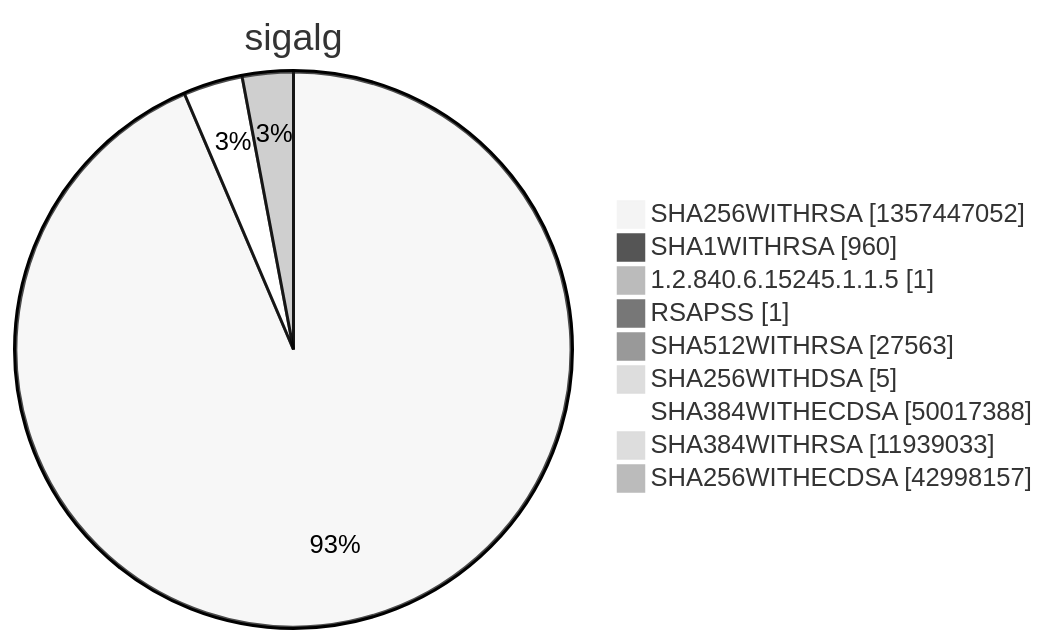
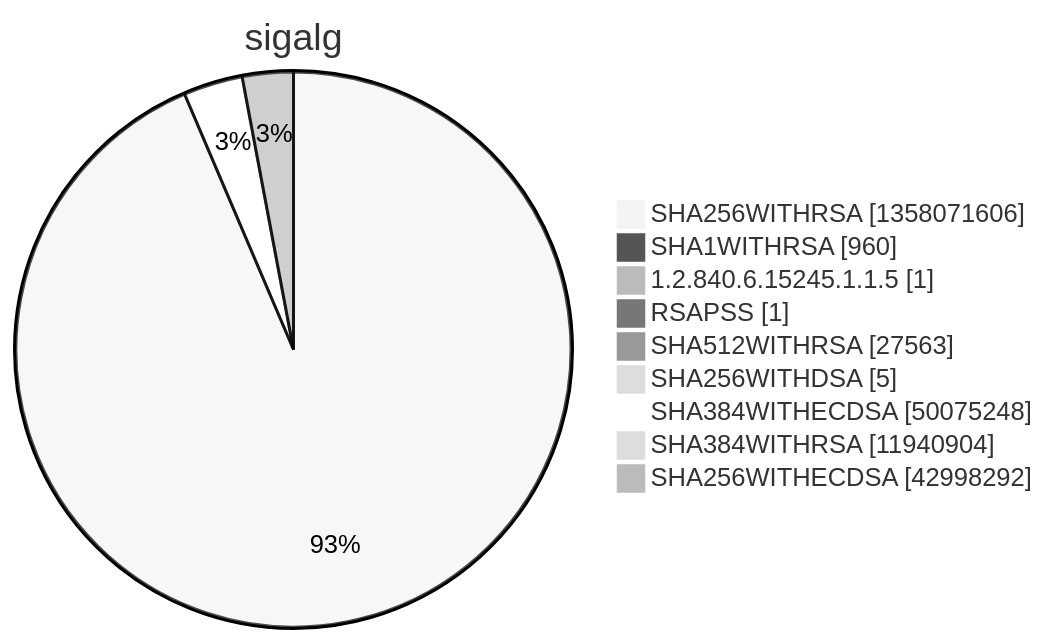
Diagram 15 of 15 in argon2022/README.md (christiankrug/ctmonitor_visualization), drawn with Mermaid (neutral theme) before and after one commit. The commit also changed other lines of this file, not shown here.

````diff
--- a/argon2022/README.md
+++ b/argon2022/README.md
@@ -5524,13 +5524,13 @@
 ```mermaid
 pie showData
 title sigalg
-"SHA256WITHRSA" :1357447052
+"SHA256WITHRSA" :1358071606
 "SHA1WITHRSA" :960
 "1.2.840.6.15245.1.1.5" :1
 "RSAPSS" :1
 "SHA512WITHRSA" :27563
 "SHA256WITHDSA" :5
-"SHA384WITHECDSA" :50017388
-"SHA384WITHRSA" :11939033
-"SHA256WITHECDSA" :42998157
+"SHA384WITHECDSA" :50075248
+"SHA384WITHRSA" :11940904
+"SHA256WITHECDSA" :42998292
 ```
````
